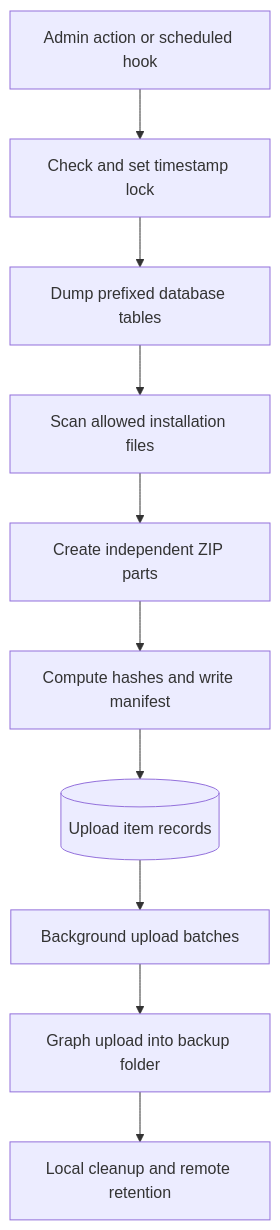
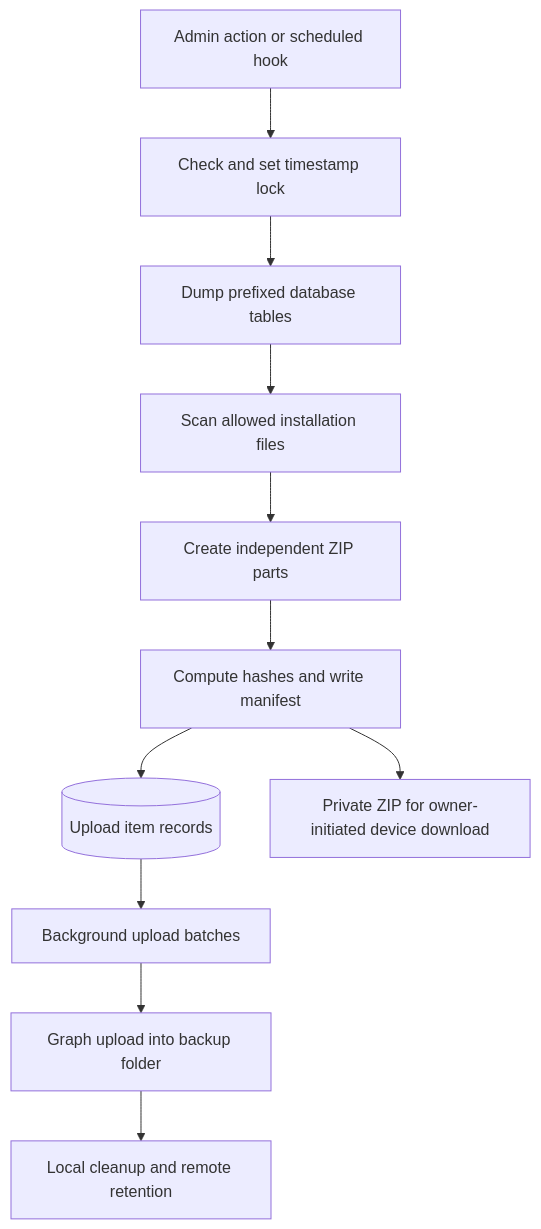
Before and after one commit to yiexiant/WordPress_integrate_SharePoint: the diagram in plugin/SRS.md, drawn with Mermaid. The commit also changed other lines of this file and 9 other files, not shown here.

````diff
--- a/plugin/SRS.md
+++ b/plugin/SRS.md
@@ -102,12 +108,13 @@
 ```mermaid
 flowchart TD
     Trigger[Admin action or scheduled hook] --> Lock[Check and set timestamp lock]
     Lock --> SQL[Dump prefixed database tables]
     SQL --> Scan[Scan allowed installation files]
     Scan --> ZIP[Create independent ZIP parts]
     ZIP --> Manifest[Compute hashes and write manifest]
     Manifest --> Queue[(Upload item records)]
+    Manifest --> Device[Private ZIP for owner-initiated device download]
     Queue --> Worker[Background upload batches]
     Worker --> Cloud[Graph upload into backup folder]
     Cloud --> Cleanup[Local cleanup and remote retention]
 ```
````
